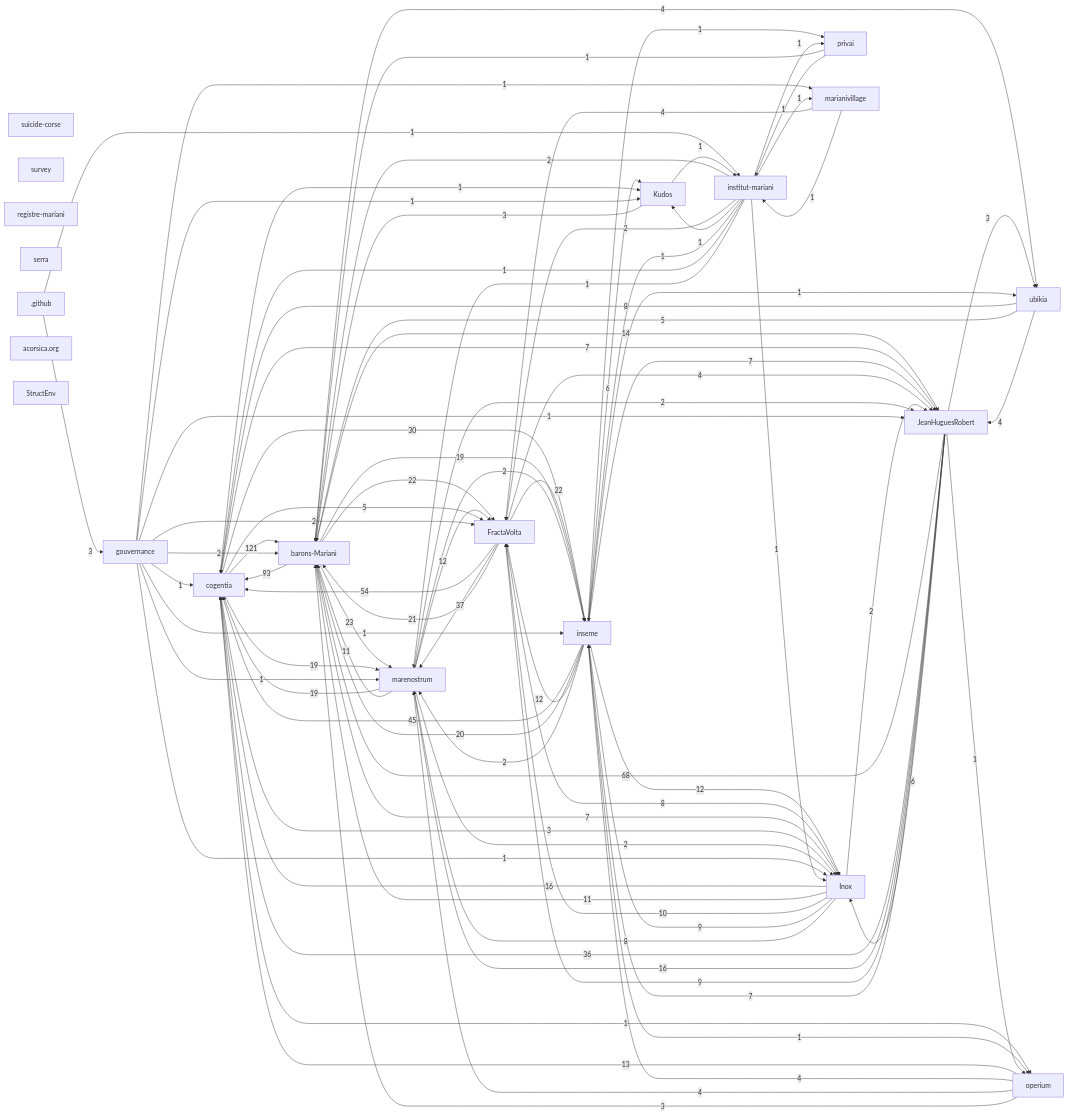
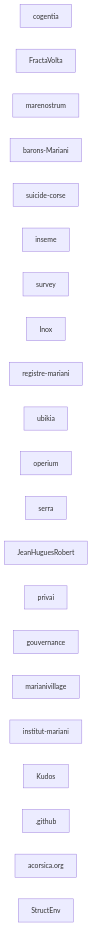
The first of 2 diagrams in research/corpus-status.md (JeanHuguesRobert/barons-Mariani), drawn with Mermaid before and after one commit. The commit also changed other lines of this file and 41 other files, not shown here.

````diff
--- a/research/corpus-status.md
+++ b/research/corpus-status.md
@@ -88,88 +88,4 @@
   r_github[".github"]
   r_acorsica_org["acorsica.org"]
   r_structenv["StructEnv"]
-  r_cogentia -->|121| r_barons_mariani
-  r_barons_mariani -->|93| r_cogentia
-  r_jeanhuguesrobert -->|68| r_barons_mariani
-  r_fractavolta -->|54| r_cogentia
-  r_inseme -->|45| r_cogentia
-  r_fractavolta -->|37| r_marenostrum
-  r_jeanhuguesrobert -->|36| r_cogentia
-  r_cogentia -->|30| r_inseme
-  r_barons_mariani -->|23| r_marenostrum
-  r_barons_mariani -->|22| r_fractavolta
-  r_fractavolta -->|22| r_inseme
-  r_fractavolta -->|21| r_barons_mariani
-  r_inseme -->|20| r_barons_mariani
-  r_barons_mariani -->|19| r_inseme
-  r_cogentia -->|19| r_marenostrum
-  r_marenostrum -->|19| r_cogentia
-  r_inox -->|16| r_cogentia
-  r_jeanhuguesrobert -->|16| r_marenostrum
-  r_barons_mariani -->|14| r_jeanhuguesrobert
-  r_operium -->|13| r_cogentia
-  r_inseme -->|12| r_fractavolta
-  r_inseme -->|12| r_inox
-  r_marenostrum -->|12| r_fractavolta
-  r_inox -->|11| r_barons_mariani
-  r_marenostrum -->|11| r_barons_mariani
-  r_inox -->|10| r_fractavolta
-  r_inox -->|9| r_inseme
-  r_jeanhuguesrobert -->|9| r_fractavolta
-  r_fractavolta -->|8| r_inox
-  r_inox -->|8| r_marenostrum
-  r_ubikia -->|8| r_cogentia
-  r_barons_mariani -->|7| r_inox
-  r_cogentia -->|7| r_jeanhuguesrobert
-  r_inseme -->|7| r_jeanhuguesrobert
-  r_jeanhuguesrobert -->|7| r_inseme
-  r_inseme -->|6| r_kudos
-  r_jeanhuguesrobert -->|6| r_inox
-  r_cogentia -->|5| r_fractavolta
-  r_ubikia -->|5| r_barons_mariani
-  r_barons_mariani -->|4| r_ubikia
-  r_fractavolta -->|4| r_jeanhuguesrobert
-  r_marianivillage -->|4| r_fractavolta
-  r_operium -->|4| r_inseme
-  r_operium -->|4| r_marenostrum
-  r_ubikia -->|4| r_jeanhuguesrobert
-  r_github -->|3| r_gouvernance
-  r_cogentia -->|3| r_inox
-  r_jeanhuguesrobert -->|3| r_ubikia
-  r_kudos -->|3| r_barons_mariani
-  r_operium -->|3| r_barons_mariani
-  r_gouvernance -->|2| r_barons_mariani
-  r_gouvernance -->|2| r_fractavolta
-  r_inox -->|2| r_jeanhuguesrobert
-  r_inseme -->|2| r_marenostrum
-  r_institut_mariani -->|2| r_barons_mariani
-  r_institut_mariani -->|2| r_fractavolta
-  r_marenostrum -->|2| r_jeanhuguesrobert
-  r_marenostrum -->|2| r_inseme
-  r_marenostrum -->|2| r_inox
-  r_github -->|1| r_institut_mariani
-  r_cogentia -->|1| r_operium
-  r_cogentia -->|1| r_kudos
-  r_gouvernance -->|1| r_jeanhuguesrobert
-  r_gouvernance -->|1| r_cogentia
-  r_gouvernance -->|1| r_inseme
-  r_gouvernance -->|1| r_marenostrum
-  r_gouvernance -->|1| r_inox
-  r_gouvernance -->|1| r_kudos
-  r_gouvernance -->|1| r_marianivillage
-  r_inseme -->|1| r_operium
-  r_inseme -->|1| r_privai
-  r_inseme -->|1| r_ubikia
-  r_institut_mariani -->|1| r_privai
-  r_institut_mariani -->|1| r_kudos
-  r_institut_mariani -->|1| r_marianivillage
-  r_institut_mariani -->|1| r_inseme
-  r_institut_mariani -->|1| r_cogentia
-  r_institut_mariani -->|1| r_marenostrum
-  r_institut_mariani -->|1| r_inox
-  r_jeanhuguesrobert -->|1| r_operium
-  r_kudos -->|1| r_institut_mariani
-  r_marianivillage -->|1| r_institut_mariani
-  r_privai -->|1| r_barons_mariani
-  r_privai -->|1| r_institut_mariani
 ```
````
